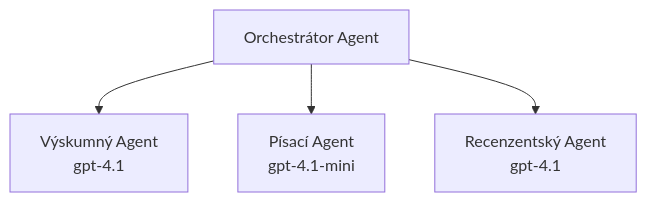
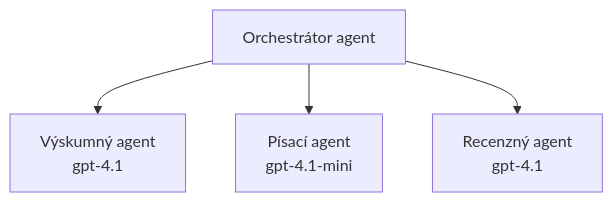
One commit to microsoft/AZD-for-beginners changed the third of 3 diagrams in translations/sk/docs/chapter-02-ai-development/agents.md. Above: the diagram before and after it, drawn with Mermaid. The commit also changed other lines of this file and 104 other files, not shown here.

````diff
--- a/translations/sk/docs/chapter-02-ai-development/agents.md
+++ b/translations/sk/docs/chapter-02-ai-development/agents.md
@@ -194,6 +201,6 @@
 ```mermaid
 graph TD
-    Orchestrator[Orchestrátor Agent] --> Research[Výskumný Agent<br/>gpt-4.1]
-    Orchestrator --> Writer[Písací Agent<br/>gpt-4.1-mini]
-    Orchestrator --> Reviewer[Recenzentský Agent<br/>gpt-4.1]
+    Orchestrator[Orchestrátor agent] --> Research[Výskumný agent<br/>gpt-4.1]
+    Orchestrator --> Writer[Písací agent<br/>gpt-4.1-mini]
+    Orchestrator --> Reviewer[Recenzný agent<br/>gpt-4.1]
 ```
````
